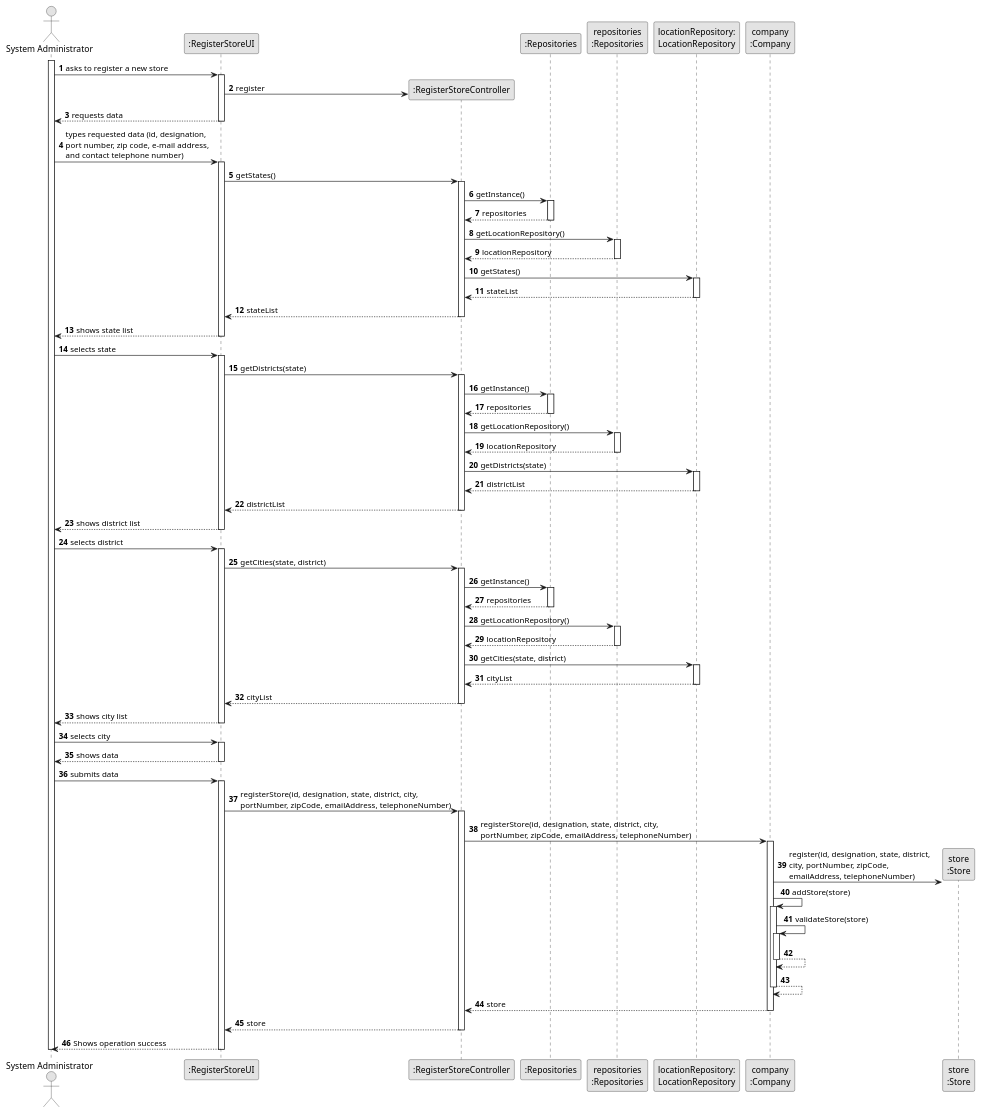
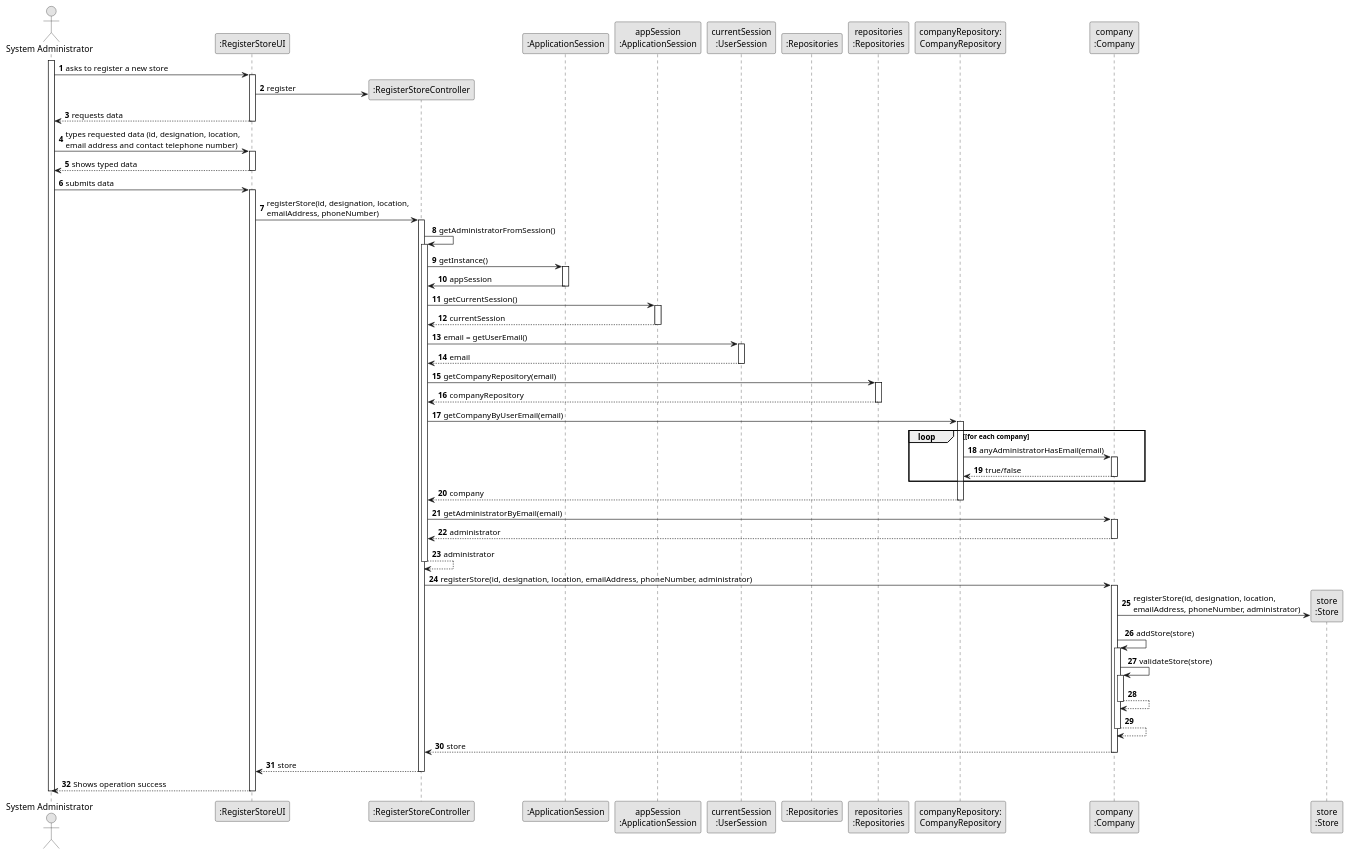
One commit to Rodrick0209/ISEP-LAPR2-22-23 changed the diagram in docs/Sprint-B/US005/03.design/puml/us005-sequence-diagram-full.puml. Above: the diagram before and after it, drawn with PlantUML. The commit also changed 18 other files, not shown here.

Commit message:
US006 Design (SD & Class Diagram) & Tests and Implementation

```diff
--- a/docs/Sprint-B/US005/03.design/puml/us005-sequence-diagram-full.puml
+++ b/docs/Sprint-B/US005/03.design/puml/us005-sequence-diagram-full.puml
@@ -1,154 +1,116 @@
 @startuml
 skinparam monochrome true
 skinparam packageStyle rectangle
 skinparam shadowing false
 
 autonumber
 
 'hide footbox
 actor "System Administrator" as ADM
 participant ":RegisterStoreUI" as UI
 participant ":RegisterStoreController" as CTRL
+participant ":ApplicationSession" as _APP
+participant "appSession\n:ApplicationSession" as APP
+participant "currentSession\n:UserSession" as SESSION
 participant ":Repositories" as RepositorySingleton
 participant "repositories\n:Repositories" as PLAT
-participant "locationRepository:\nLocationRepository" as LocationRepository
+participant "companyRepository:\nCompanyRepository" as CompanyRepository
 participant "company\n:Company" as Company
 participant "store\n:Store" as Store
 
 activate ADM
-ADM -> UI : asks to register a new store
+
+    ADM -> UI : asks to register a new store
     activate UI
 
         UI -> CTRL** : register
         UI --> ADM: requests data
         deactivate UI
 
-    ADM -> UI : types requested data (id, designation, \nport number, zip code, e-mail address, \nand contact telephone number)
-        activate UI
-
-UI -> CTRL : getStates()
-    activate CTRL
-CTRL -> RepositorySingleton : getInstance()
-            activate RepositorySingleton
-
-                RepositorySingleton --> CTRL: repositories
-            deactivate RepositorySingleton
-
-            CTRL -> PLAT : getLocationRepository()
-            activate PLAT
-
-                PLAT --> CTRL: locationRepository
-            deactivate PLAT
-
-            CTRL -> LocationRepository : getStates()
-            activate LocationRepository
-
-                LocationRepository --> CTRL : stateList
-            deactivate LocationRepository
-
-
-
-
-            CTRL --> UI : stateList
-            deactivate CTRL
-            UI --> ADM : shows state list
+    ADM -> UI : types requested data (id, designation, location, \nemail address and contact telephone number)
+    activate UI
+        UI --> ADM : shows typed data
         deactivate UI
-
-    ADM -> UI : selects state
-    activate UI
-
-    UI -> CTRL : getDistricts(state)
-    activate CTRL
-    CTRL -> RepositorySingleton : getInstance()
-                activate RepositorySingleton
-
-                    RepositorySingleton --> CTRL: repositories
-                deactivate RepositorySingleton
-
-                CTRL -> PLAT : getLocationRepository()
-                activate PLAT
-
-                    PLAT --> CTRL: locationRepository
-                deactivate PLAT
-
-                CTRL -> LocationRepository : getDistricts(state)
-                activate LocationRepository
-
-                    LocationRepository --> CTRL : districtList
-                deactivate LocationRepository
-
-
-
-
-                CTRL --> UI : districtList
-                deactivate CTRL
-                UI --> ADM : shows district list
-            deactivate UI
-    ADM -> UI: selects district
-    activate UI
-
-    UI -> CTRL : getCities(state, district)
-    activate CTRL
-
-
-    CTRL -> RepositorySingleton : getInstance()
-                activate RepositorySingleton
-
-                    RepositorySingleton --> CTRL: repositories
-                deactivate RepositorySingleton
-
-                CTRL -> PLAT : getLocationRepository()
-                activate PLAT
-
-                    PLAT --> CTRL: locationRepository
-                deactivate PLAT
-
-                CTRL -> LocationRepository : getCities(state, district)
-                activate LocationRepository
-
-                    LocationRepository --> CTRL : cityList
-                deactivate LocationRepository
-
-                        CTRL --> UI : cityList
-                        deactivate CTRL
-                        UI --> ADM : shows city list
-                    deactivate UI
-    ADM -> UI: selects city
-    activate UI
-
-        UI --> ADM : shows data
-    deactivate UI
 
     ADM -> UI : submits data
     activate UI
 
-        UI -> CTRL : registerStore(id, designation, state, district, city, \nportNumber, zipCode, emailAddress, telephoneNumber)
+        UI -> CTRL : registerStore(id, designation, location, \nemailAddress, phoneNumber)
         activate CTRL
 
+            CTRL -> CTRL: getAdministratorFromSession()
+            activate CTRL
 
-            CTRL -> Company: registerStore(id, designation, state, district, city, \nportNumber, zipCode, emailAddress, telephoneNumber)
+                    CTRL -> _APP: getInstance()
+                    activate _APP
+                    _APP -> CTRL: appSession
+                    deactivate _APP
+
+                    CTRL -> APP: getCurrentSession()
+                    activate APP
+
+                        APP --> CTRL: currentSession
+                        deactivate APP
+
+                            CTRL -> SESSION: email = getUserEmail()
+                            activate SESSION
+
+                                SESSION --> CTRL: email
+                                deactivate SESSION
+
+                                CTRL -> PLAT: getCompanyRepository(email)
+                                activate PLAT
+
+                                    PLAT --> CTRL: companyRepository
+                                    deactivate PLAT
+
+                            CTRL -> CompanyRepository: getCompanyByUserEmail(email)
+                            activate CompanyRepository
+
+                                loop [for each company
+                                CompanyRepository -> Company : anyAdministratorHasEmail(email)
+                                activate Company
+
+                                    Company --> CompanyRepository : true/false
+                                    deactivate Company
+                                end
+
+                CompanyRepository --> CTRL : company
+
+                deactivate CompanyRepository
+
+                  CTRL -> Company: getAdministratorByEmail(email)
+                  activate Company
+
+                Company --> CTRL : administrator
+                deactivate Company
+
+            CTRL --> CTRL: administrator
+            deactivate CTRL
+
+            CTRL -> Company: registerStore(id, designation, location, emailAddress, phoneNumber, administrator)
             activate Company
-            Company -> Store**: register(id, designation, state, district, \ncity, portNumber, zipCode, \nemailAddress, telephoneNumber)
+
+                    Company -> Store**: registerStore(id, designation, location, \nemailAddress, phoneNumber, administrator)
                         Company -> Company: addStore(store)
                         deactivate Store
                     activate Company
                         Company -> Company: validateStore(store)
                         activate Company
                             Company --> Company
                         deactivate Company
 
                         Company --> Company
                     deactivate Company
 
-
                 Company --> CTRL : store
             deactivate Company
 
             CTRL --> UI: store
             deactivate CTRL
             UI --> ADM: Shows operation success
     deactivate UI
-        
+
 deactivate ADM
 
 @enduml
```
